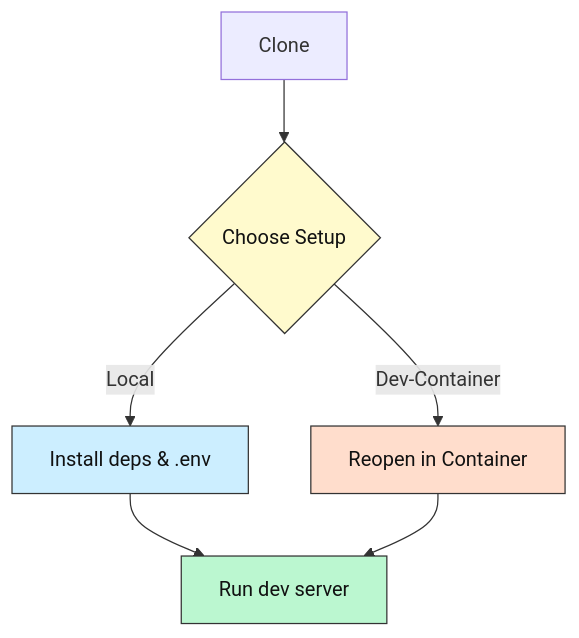
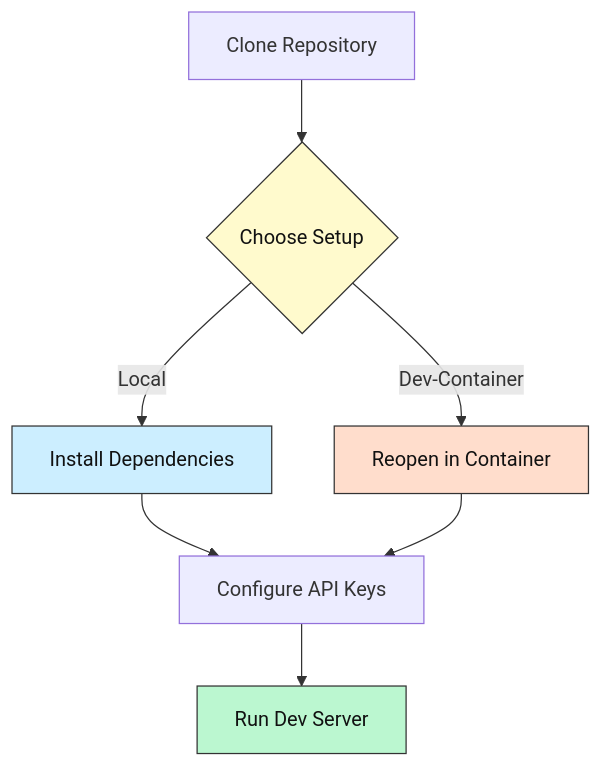
Before and after one commit to Mindrocket42/UI42: the third of 3 diagrams in README.md, drawn with Mermaid. The commit also changed other lines of this file and 4 other files, not shown here.

````diff
--- a/README.md
+++ b/README.md
@@ -98,12 +140,13 @@
 ```mermaid
 flowchart TD
-    A[Clone] --> B{Choose Setup}
-    B -->|Local| C[Install deps & .env]
-    C --> D[Run dev server]
-    B -->|Dev-Container| E[Reopen in Container]
-    E --> D
+    A[Clone Repository] --> B{Choose Setup}
+    B -->|Local| C[Install Dependencies]
+    C --> D[Configure API Keys]
+    D --> E[Run Dev Server]
+    B -->|Dev-Container| F[Reopen in Container]
+    F --> D
     style B fill:#fffacd,stroke:#333333,color:#111111
     style C fill:#cceeff,stroke:#333333,color:#111111
-    style E fill:#ffddcc,stroke:#333333,color:#111111
-    style D fill:#bbf7d0,stroke:#333333,color:#111111
+    style F fill:#ffddcc,stroke:#333333,color:#111111
+    style E fill:#bbf7d0,stroke:#333333,color:#111111
 ```
````
